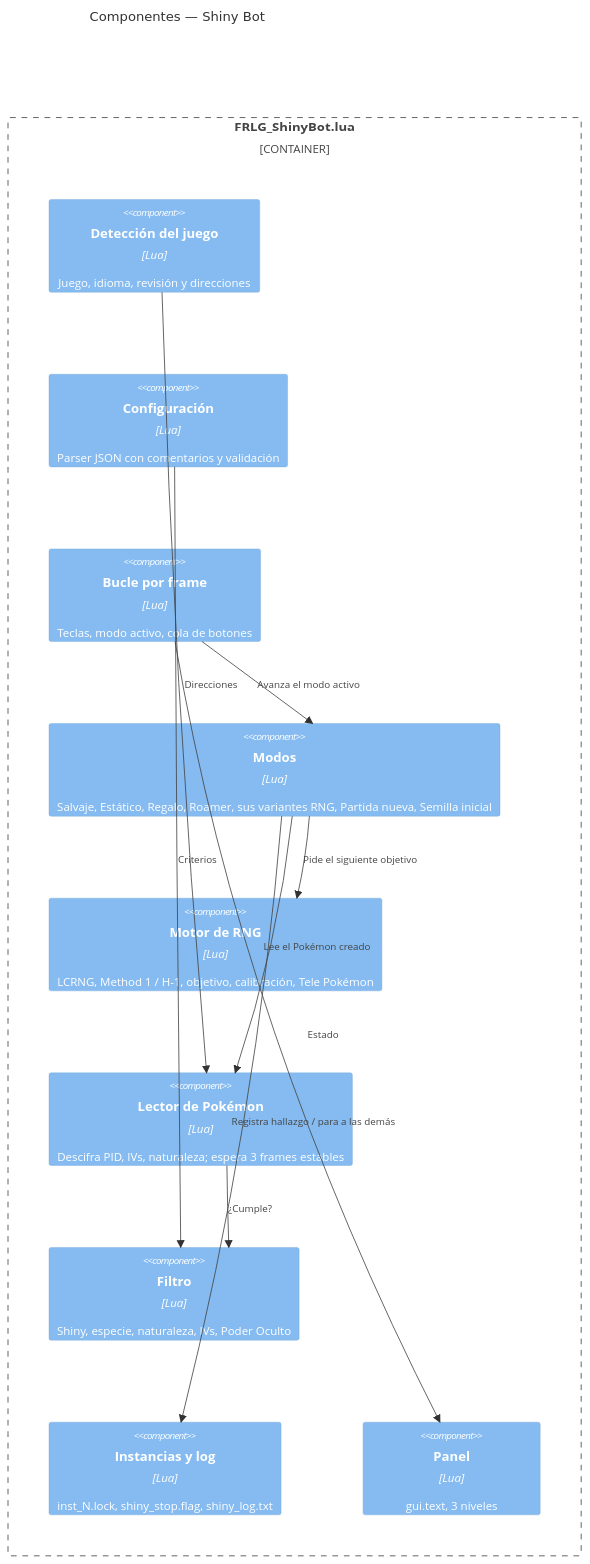
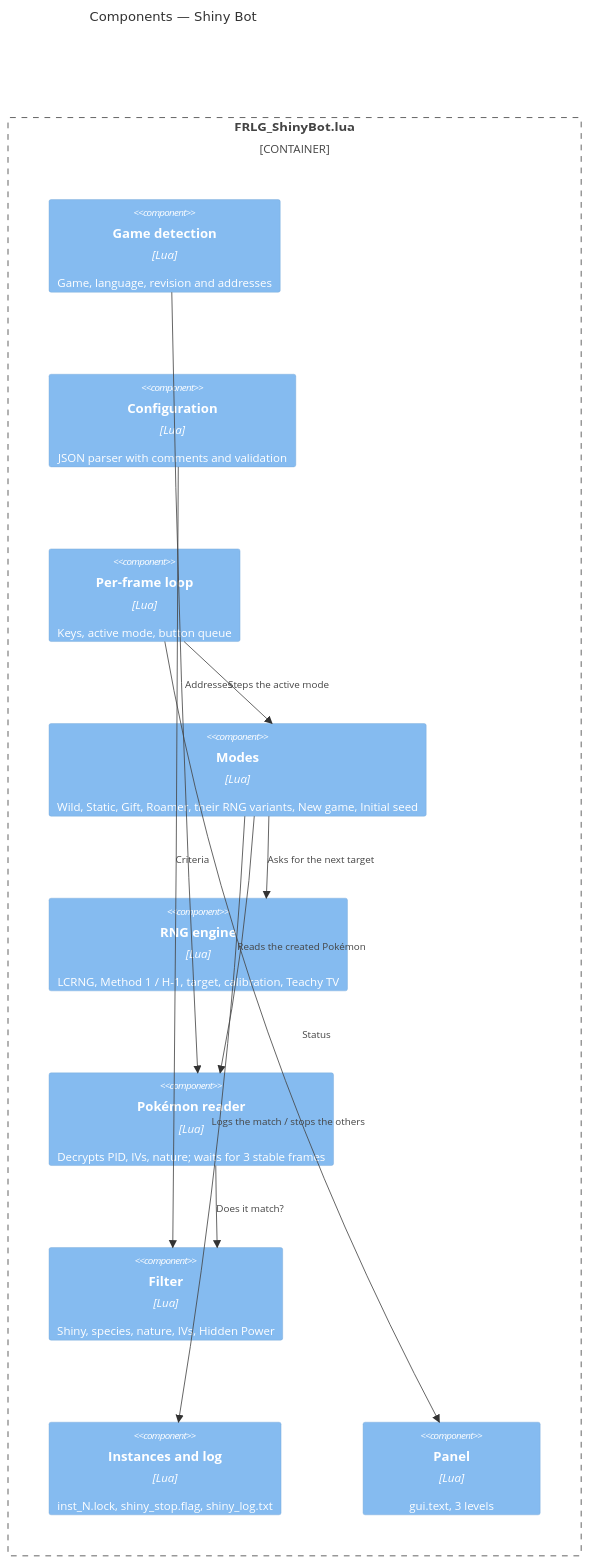
One commit to vladeParica/Poke-tools changed the diagram in docs/architecture/c4-component-shinybot.md. Above: the diagram before and after it, drawn with Mermaid. The commit also changed other lines of this file and 50 other files, not shown here.

````diff
--- a/docs/architecture/c4-component-shinybot.md
+++ b/docs/architecture/c4-component-shinybot.md
@@ -5,25 +5,25 @@
 ```mermaid
 C4Component
-    title Componentes — Shiny Bot
+    title Components — Shiny Bot
 
     Container_Boundary(shiny, "FRLG_ShinyBot.lua") {
-        Component(detect, "Detección del juego", "Lua", "Juego, idioma, revisión y direcciones")
-        Component(config, "Configuración", "Lua", "Parser JSON con comentarios y validación")
-        Component(loop, "Bucle por frame", "Lua", "Teclas, modo activo, cola de botones")
-        Component(modes, "Modos", "Lua", "Salvaje, Estático, Regalo, Roamer, sus variantes RNG, Partida nueva, Semilla inicial")
-        Component(rng, "Motor de RNG", "Lua", "LCRNG, Method 1 / H-1, objetivo, calibración, Tele Pokémon")
-        Component(reader, "Lector de Pokémon", "Lua", "Descifra PID, IVs, naturaleza; espera 3 frames estables")
-        Component(filter, "Filtro", "Lua", "Shiny, especie, naturaleza, IVs, Poder Oculto")
-        Component(inst, "Instancias y log", "Lua", "inst_N.lock, shiny_stop.flag, shiny_log.txt")
-        Component(panel, "Panel", "Lua", "gui.text, 3 niveles")
+        Component(detect, "Game detection", "Lua", "Game, language, revision and addresses")
+        Component(config, "Configuration", "Lua", "JSON parser with comments and validation")
+        Component(loop, "Per-frame loop", "Lua", "Keys, active mode, button queue")
+        Component(modes, "Modes", "Lua", "Wild, Static, Gift, Roamer, their RNG variants, New game, Initial seed")
+        Component(rng, "RNG engine", "Lua", "LCRNG, Method 1 / H-1, target, calibration, Teachy TV")
+        Component(reader, "Pokémon reader", "Lua", "Decrypts PID, IVs, nature; waits for 3 stable frames")
+        Component(filter, "Filter", "Lua", "Shiny, species, nature, IVs, Hidden Power")
+        Component(inst, "Instances and log", "Lua", "inst_N.lock, shiny_stop.flag, shiny_log.txt")
+        Component(panel, "Panel", "Lua", "gui.text, 3 levels")
     }
 
-    Rel(loop, modes, "Avanza el modo activo")
-    Rel(modes, rng, "Pide el siguiente objetivo")
-    Rel(modes, reader, "Lee el Pokémon creado")
-    Rel(reader, filter, "¿Cumple?")
-    Rel(modes, inst, "Registra hallazgo / para a las demás")
-    Rel(detect, reader, "Direcciones")
-    Rel(config, filter, "Criterios")
-    Rel(loop, panel, "Estado")
+    Rel(loop, modes, "Steps the active mode")
+    Rel(modes, rng, "Asks for the next target")
+    Rel(modes, reader, "Reads the created Pokémon")
+    Rel(reader, filter, "Does it match?")
+    Rel(modes, inst, "Logs the match / stops the others")
+    Rel(detect, reader, "Addresses")
+    Rel(config, filter, "Criteria")
+    Rel(loop, panel, "Status")
 ```
````
